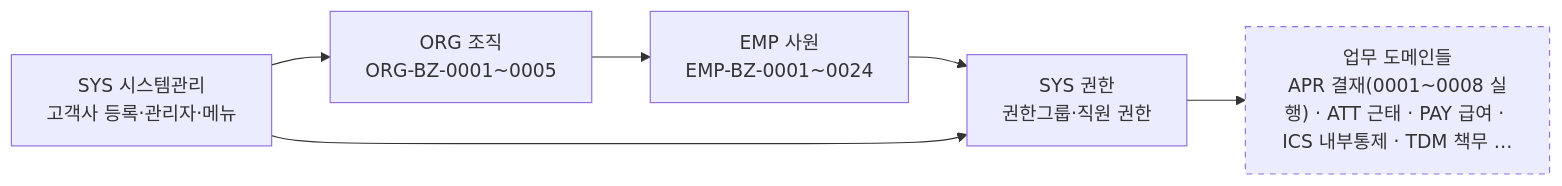
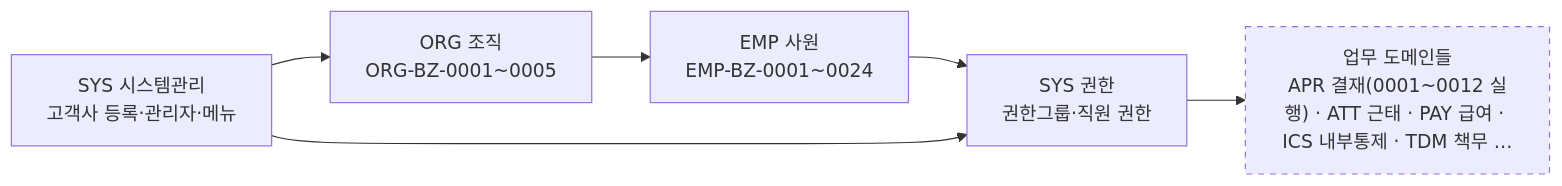
Before and after one commit to KimDoYoung/framework-sprt: the diagram in AssetERP/docs/2-업무분석/biz-event/00-도메인Map.md, drawn with Mermaid. The commit also changed 8 other files, not shown here.

````diff
--- a/AssetERP/docs/2-업무분석/biz-event/00-도메인Map.md
+++ b/AssetERP/docs/2-업무분석/biz-event/00-도메인Map.md
@@ -6,14 +6,14 @@
 ```mermaid
 flowchart LR
     SYS["SYS 시스템관리<br/>고객사 등록·관리자·메뉴"]
     ORG["ORG 조직<br/>ORG-BZ-0001~0005"]
     EMP["EMP 사원<br/>EMP-BZ-0001~0024"]
     AUTH["SYS 권한<br/>권한그룹·직원 권한"]
-    WORK["업무 도메인들<br/>APR 결재(0001~0008 실행) · ATT 근태 · PAY 급여 · ICS 내부통제 · TDM 책무 …"]
+    WORK["업무 도메인들<br/>APR 결재(0001~0012 실행) · ATT 근태 · PAY 급여 · ICS 내부통제 · TDM 책무 …"]
 
     SYS --> ORG --> EMP --> AUTH --> WORK
     SYS --> AUTH
 
     classDef todo stroke-dasharray: 5 5
     class WORK todo
 ```
````
